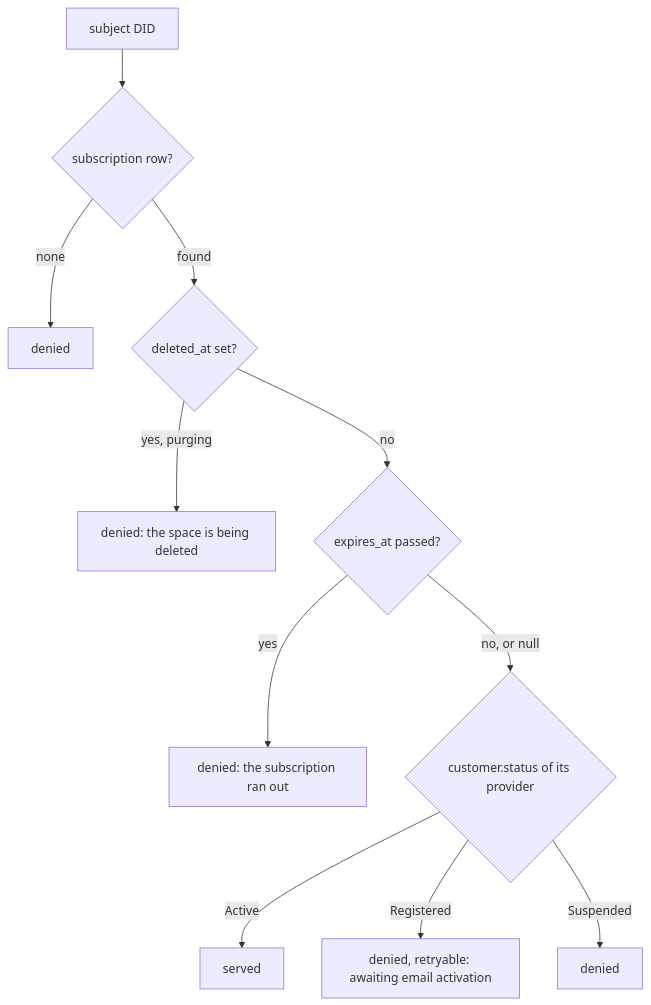
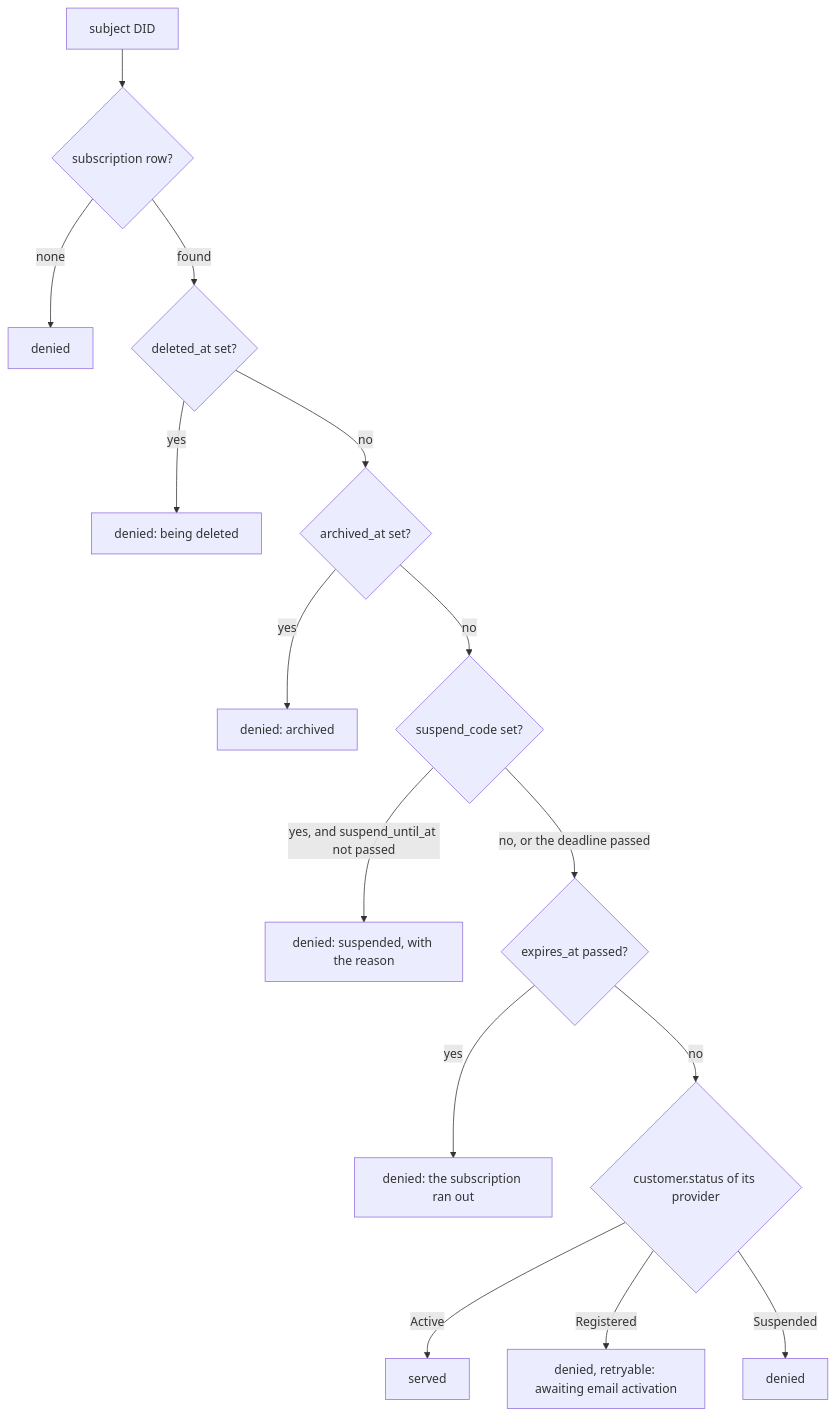
The second of 3 diagrams in docs/access-control-schema.md (tonk-labs/tonk), drawn with Mermaid before and after one commit. The commit also changed other lines of this file and 8 other files, not shown here.

````diff
--- a/docs/access-control-schema.md
+++ b/docs/access-control-schema.md
@@ -80,13 +80,17 @@
 ```mermaid
 flowchart TD
     A["subject DID"] --> D{"subscription row?"}
     D -->|none| E["denied"]
     D -->|found| X{"deleted_at set?"}
-    X -->|yes, purging| Y["denied: the space is being deleted"]
-    X -->|no| F{"expires_at passed?"}
-    F -->|yes| G["denied: the subscription ran out"]
-    F -->|"no, or null"| Z{"customer.status of its provider"}
+    X -->|yes| G1["denied: being deleted"]
+    X -->|no| AR{"archived_at set?"}
+    AR -->|yes| G2["denied: archived"]
+    AR -->|no| SU{"suspend_code set?"}
+    SU -->|"yes, and suspend_until_at not passed"| G3["denied: suspended, with the reason"]
+    SU -->|"no, or the deadline passed"| F{"expires_at passed?"}
+    F -->|yes| G4["denied: the subscription ran out"]
+    F -->|no| Z{"customer.status of its provider"}
     Z -->|Active| K["served"]
     Z -->|Registered| L["denied, retryable: awaiting email activation"]
     Z -->|Suspended| M["denied"]
 ```
````
